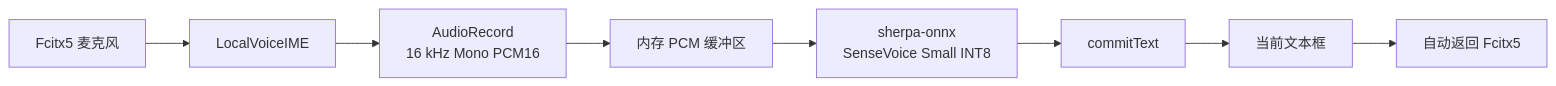
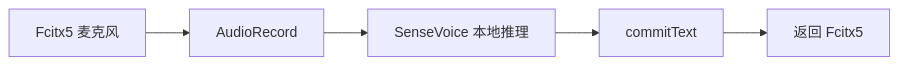
One commit to 123hurray/LocalVoiceInputForAndroid changed the diagram in README.md. Above: the diagram before and after it, drawn with Mermaid. The commit also changed other lines of this file and 1 other file, not shown here.

````diff
--- a/README.md
+++ b/README.md
@@ -31,10 +22,7 @@
 ```mermaid
 flowchart LR
-    A["Fcitx5 麦克风"] --> B["LocalVoiceIME"]
-    B --> C["AudioRecord<br/>16 kHz Mono PCM16"]
-    C --> D["内存 PCM 缓冲区"]
-    D --> E["sherpa-onnx<br/>SenseVoice Small INT8"]
-    E --> F["commitText"]
-    F --> G["当前文本框"]
-    G --> H["自动返回 Fcitx5"]
+    A["Fcitx5 麦克风"] --> B["AudioRecord"]
+    B --> C["SenseVoice 本地推理"]
+    C --> D["commitText"]
+    D --> E["返回 Fcitx5"]
 ```
````
